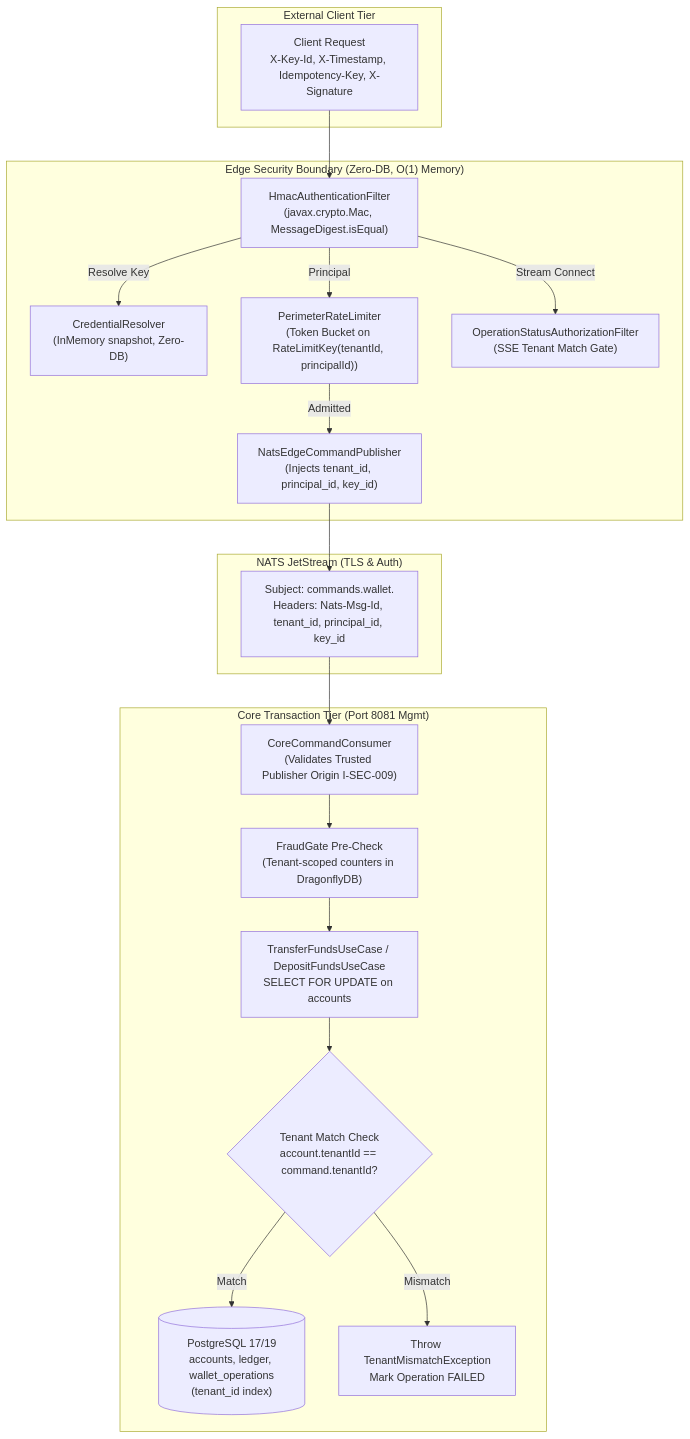
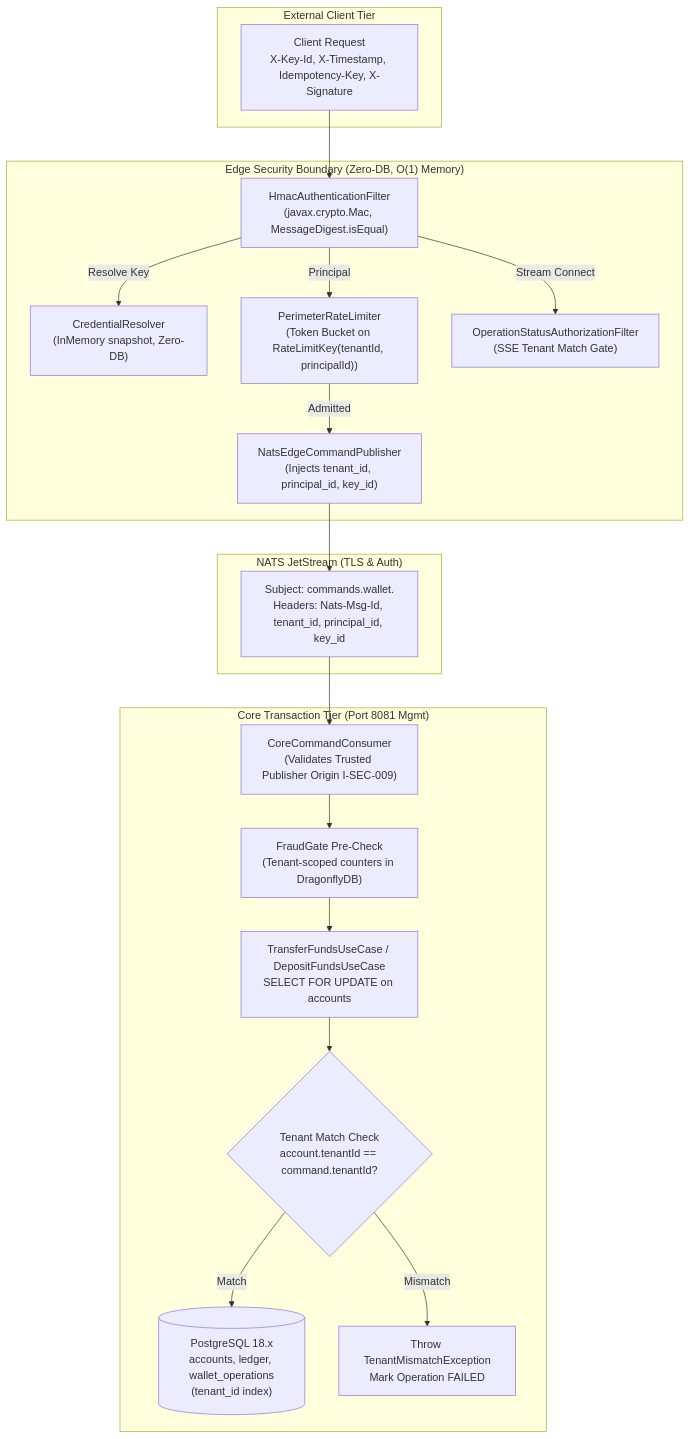
One commit to kyogoiano/wallet changed the diagram in .spec/plans/PLAN-000.9.3-hmac-signed-ingress-and-tenant-boundaries.md. Above: the diagram before and after it, drawn with Mermaid. The commit also changed other lines of this file and 103 other files, not shown here.

````diff
--- a/.spec/plans/PLAN-000.9.3-hmac-signed-ingress-and-tenant-boundaries.md
+++ b/.spec/plans/PLAN-000.9.3-hmac-signed-ingress-and-tenant-boundaries.md
@@ -17,40 +17,40 @@
 ```mermaid
 flowchart TD
     subgraph Client["External Client Tier"]
         C["Client Request<br/>X-Key-Id, X-Timestamp, Idempotency-Key, X-Signature"]
     end
 
     subgraph EdgePerimeter["Edge Security Boundary (Zero-DB, O(1) Memory)"]
         HAF["HmacAuthenticationFilter<br/>(javax.crypto.Mac, MessageDigest.isEqual)"]
         CR["CredentialResolver<br/>(InMemory snapshot, Zero-DB)"]
         PRL["PerimeterRateLimiter<br/>(Token Bucket on RateLimitKey(tenantId, principalId))"]
         OSAF["OperationStatusAuthorizationFilter<br/>(SSE Tenant Match Gate)"]
         PUB["NatsEdgeCommandPublisher<br/>(Injects tenant_id, principal_id, key_id)"]
 
         HAF -->|Resolve Key| CR
         HAF -->|Principal| PRL
         PRL -->|Admitted| PUB
         HAF -->|Stream Connect| OSAF
     end
 
     subgraph MessagingFabric["NATS JetStream (TLS & Auth)"]
         NATS["Subject: commands.wallet.<type><br/>Headers: Nats-Msg-Id, tenant_id, principal_id, key_id"]
     end
 
     subgraph CoreDomain["Core Transaction Tier (Port 8081 Mgmt)"]
         CCC["CoreCommandConsumer<br/>(Validates Trusted Publisher Origin I-SEC-009)"]
         FG["FraudGate Pre-Check<br/>(Tenant-scoped counters in DragonflyDB)"]
         TX["TransferFundsUseCase / DepositFundsUseCase<br/>SELECT FOR UPDATE on accounts"]
         TC{"Tenant Match Check<br/>account.tenantId == command.tenantId?"}
-        DB[("PostgreSQL 17/19<br/>accounts, ledger, wallet_operations<br/>(tenant_id index)")]
+        DB[("PostgreSQL 18.x<br/>accounts, ledger, wallet_operations<br/>(tenant_id index)")]
         EX["Throw TenantMismatchException<br/>Mark Operation FAILED"]
 
         CCC --> FG --> TX --> TC
         TC -->|Match| DB
         TC -->|Mismatch| EX
     end
 
     C --> HAF
     PUB --> NATS
     NATS --> CCC
 ```
````
